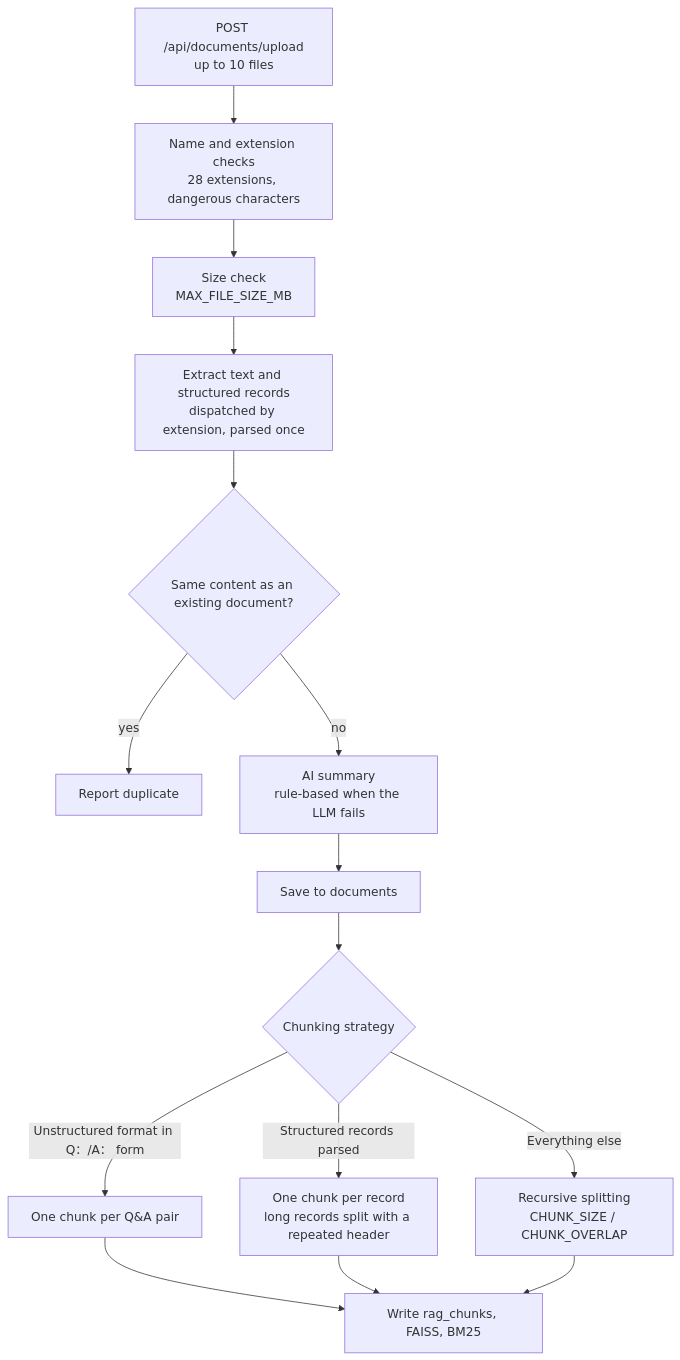
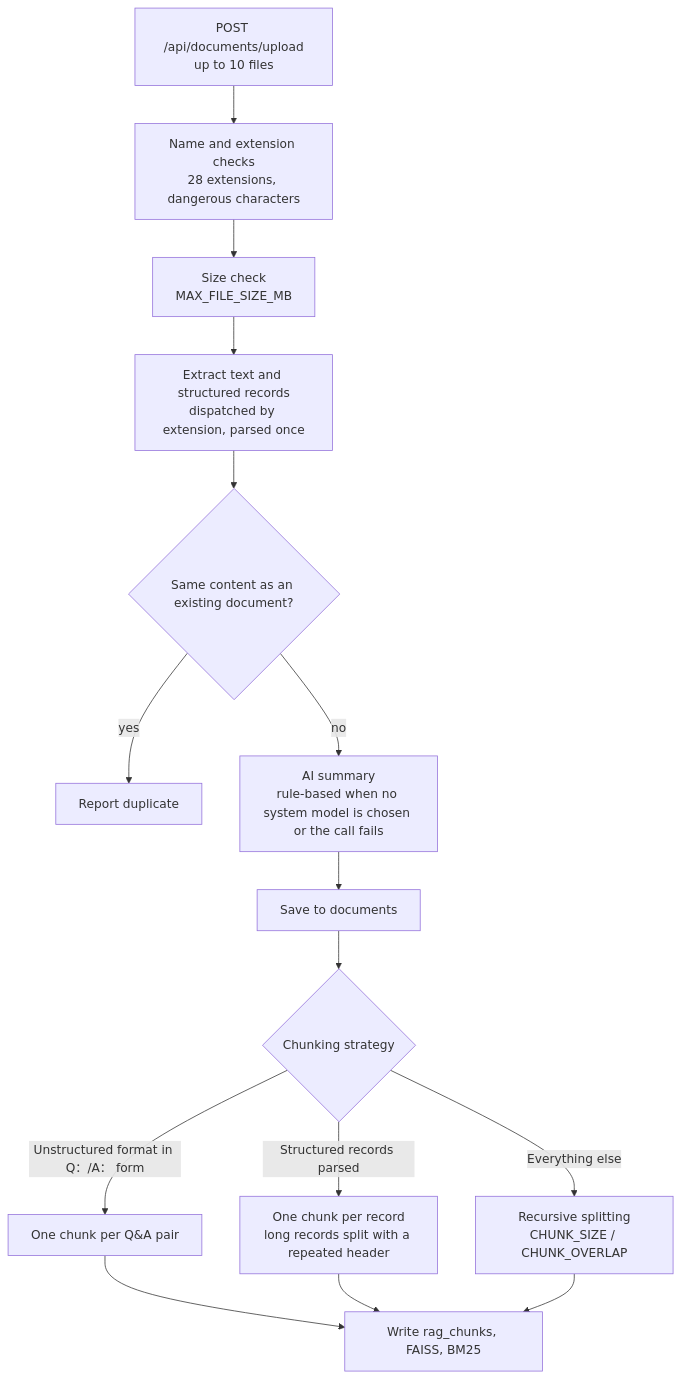
One commit to Scorpio-meow/AskMiao changed the fourth of 9 diagrams in docs/architecture_en.md. Above: the diagram before and after it, drawn with Mermaid. The commit also changed other lines of this file and 163 other files, not shown here.

````diff
--- a/docs/architecture_en.md
+++ b/docs/architecture_en.md
@@ -240,15 +241,15 @@
 ```mermaid
 flowchart TB
     Up["POST /api/documents/upload<br/>up to 10 files"] --> Name["Name and extension checks<br/>28 extensions, dangerous characters"]
     Name --> Size["Size check<br/>MAX_FILE_SIZE_MB"]
     Size --> Ext["Extract text and structured records<br/>dispatched by extension, parsed once"]
     Ext --> Dup{"Same content as an existing document?"}
     Dup -->|yes| Skip["Report duplicate"]
-    Dup -->|no| Sum["AI summary<br/>rule-based when the LLM fails"]
+    Dup -->|no| Sum["AI summary<br/>rule-based when no system model is chosen or the call fails"]
     Sum --> Save["Save to documents"]
     Save --> Split{"Chunking strategy"}
     Split -->|Structured records parsed| Rec["One chunk per record<br/>long records split with a repeated header"]
     Split -->|Unstructured format in Q：/A： form| QA["One chunk per Q&A pair"]
     Split -->|Everything else| Rcs["Recursive splitting<br/>CHUNK_SIZE / CHUNK_OVERLAP"]
     QA & Rec & Rcs --> Index["Write rag_chunks, FAISS, BM25"]
 ```
````
